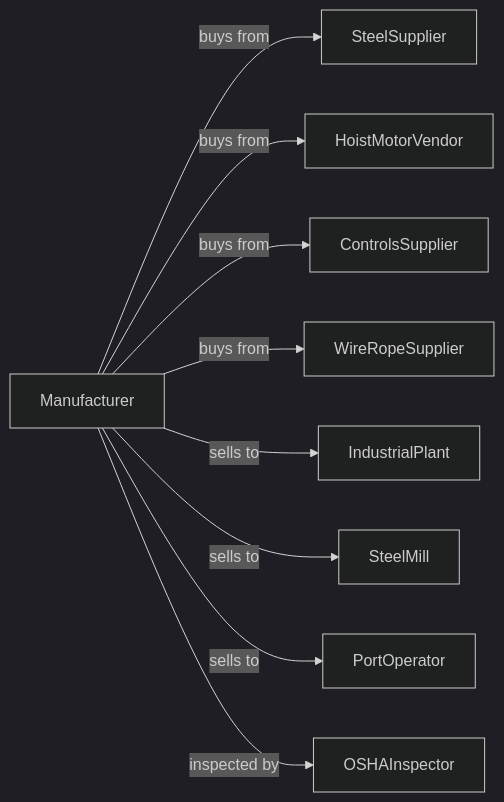
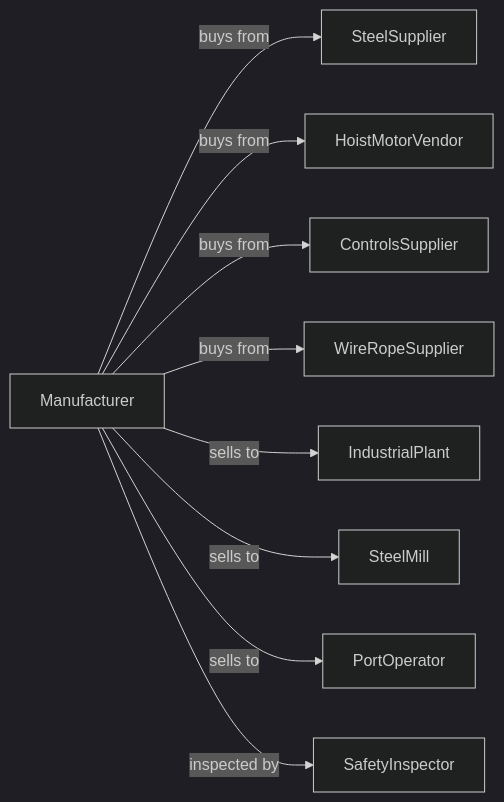
Before and after one commit to dot-org-ai/industries.org.ai: the second of 2 diagrams in Manufacturing/MachineryManufacturing/OtherGeneralPurposeMachineryManufacturing/OverheadTravelingCraneHoistAndMonorailSystemManufacturing.mdx, drawn with Mermaid (dark theme). The commit also changed other lines of this file and 639 other files, not shown here.

````diff
--- a/Manufacturing/MachineryManufacturing/OtherGeneralPurposeMachineryManufacturing/OverheadTravelingCraneHoistAndMonorailSystemManufacturing.mdx
+++ b/Manufacturing/MachineryManufacturing/OtherGeneralPurposeMachineryManufacturing/OverheadTravelingCraneHoistAndMonorailSystemManufacturing.mdx
@@ -127,13 +127,13 @@
 ```mermaid
 graph LR
     M[Manufacturer]
 
     M -->|buys from| SteelSupplier
     M -->|buys from| HoistMotorVendor
     M -->|buys from| ControlsSupplier
     M -->|buys from| WireRopeSupplier
     M -->|sells to| IndustrialPlant
     M -->|sells to| SteelMill
     M -->|sells to| PortOperator
-    M -->|inspected by| OSHAInspector
+    M -->|inspected by| SafetyInspector
 ```
````
